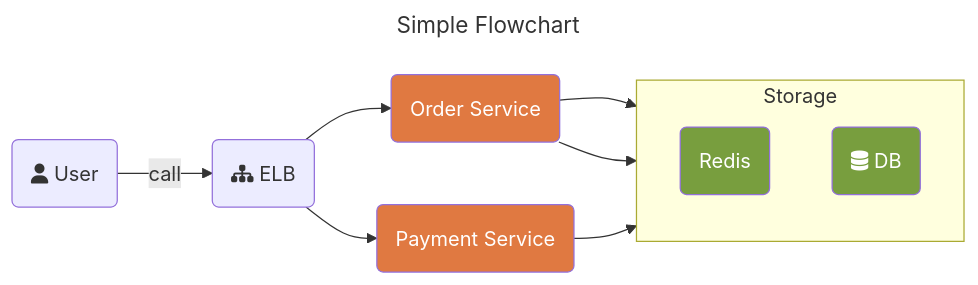
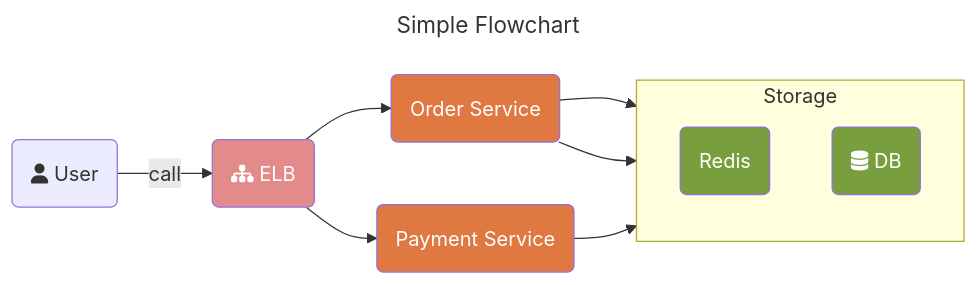
One commit to cuongnb14/mermaid-builder changed the diagram in examples/outputs/flowchart.mmd. Above: the diagram before and after it, drawn with Mermaid. The commit also changed 2 other files, not shown here.

```diff
--- a/examples/outputs/flowchart.mmd
+++ b/examples/outputs/flowchart.mmd
@@ -1,18 +1,19 @@
 ---
 title: Simple Flowchart
 ---
 %%{init: {"theme": "light", "themeVariables": {"fontFamily": "Monospace"}}}%%
 flowchart LR
-  user(fa:fa-user User)--> |call|elb(fa:fa-sitemap ELB)
-  order_service(Order Service):::api-->redis(Redis):::storage
-  order_service(Order Service):::api-->db(fa:fa-database DB):::storage
-  subgraph storage [Storage]
-    direction TB
-    redis(Redis):::storage
-    db(fa:fa-database DB):::storage
-  end
-  payment_service(Payment Service):::api-->storage
-  elb(fa:fa-sitemap ELB)-->order_service(Order Service):::api
-  elb(fa:fa-sitemap ELB)-->payment_service(Payment Service):::api
-classDef api fill:#e07941 ,color:#FFFFFF
-classDef storage fill:#789e3e,color:#FFFFFF
+    user(fa:fa-user User)--> |call|elb(fa:fa-sitemap ELB):::gateway
+    order_service(Order Service):::api-->redis(Redis):::storage
+    order_service(Order Service):::api-->db(fa:fa-database DB):::storage
+    subgraph storage [Storage]
+        direction TB
+        redis(Redis):::storage
+        db(fa:fa-database DB):::storage
+    end
+    payment_service(Payment Service):::api-->storage
+    elb(fa:fa-sitemap ELB):::gateway-->order_service(Order Service):::api
+    elb(fa:fa-sitemap ELB):::gateway-->payment_service(Payment Service):::api
+classDef gateway fill:#E38A8A,color:#FFFFFF
+classDef api fill:#E07941,color:#FFFFFF
+classDef storage fill:#789E3E,color:#FFFFFF
```
